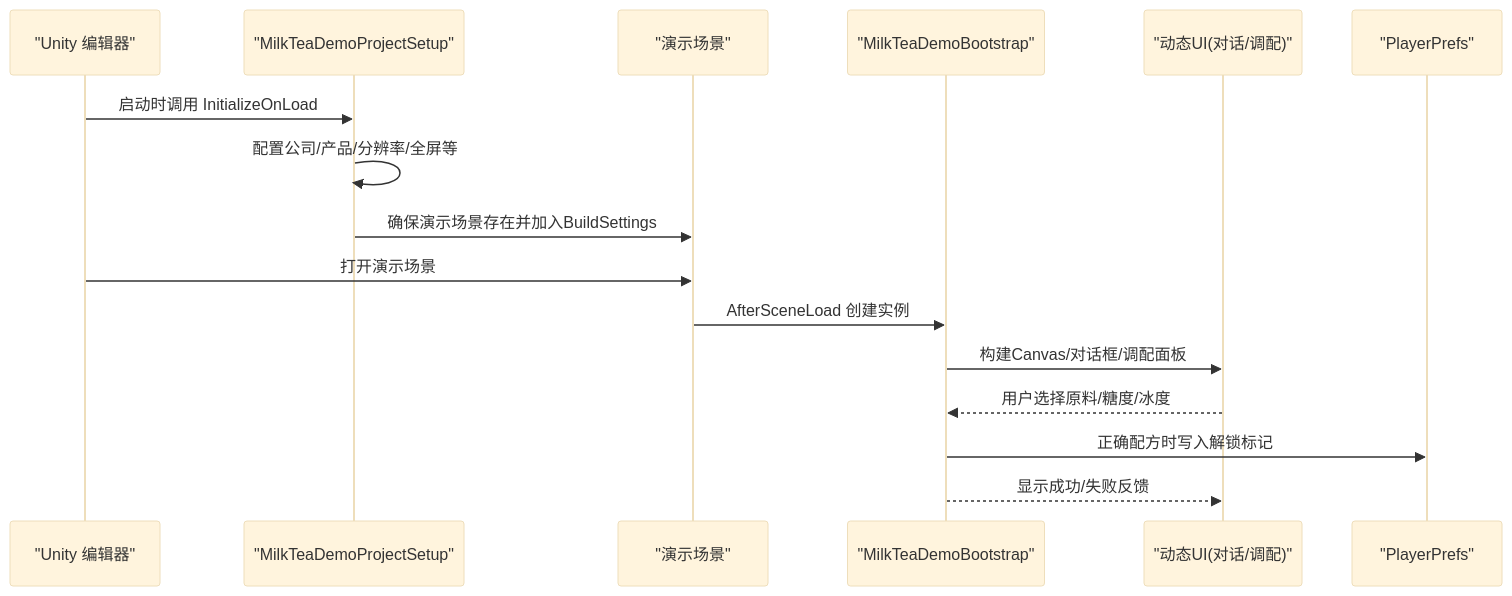
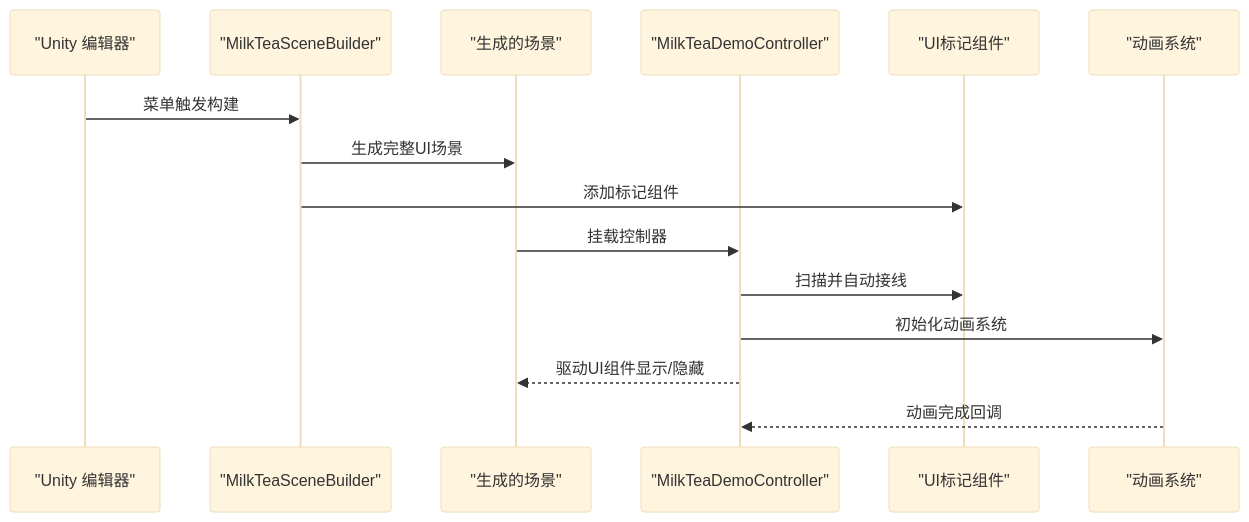
The second of 6 diagrams in .qoder/repowiki/zh/content/扩展开发指南.md (Thanatos42/-demo), drawn with Mermaid (base theme) before and after one commit. The commit also changed other lines of this file and 56 other files, not shown here.

````diff
--- a/.qoder/repowiki/zh/content/扩展开发指南.md
+++ b/.qoder/repowiki/zh/content/扩展开发指南.md
@@ -59,18 +79,17 @@
 ```mermaid
 sequenceDiagram
 participant Editor as "Unity 编辑器"
-participant Setup as "MilkTeaDemoProjectSetup"
-participant Scene as "演示场景"
-participant Bootstrap as "MilkTeaDemoBootstrap"
-participant UI as "动态UI(对话/调配)"
-participant Storage as "PlayerPrefs"
-Editor->>Setup : 启动时调用 InitializeOnLoad
-Setup->>Setup : 配置公司/产品/分辨率/全屏等
-Setup->>Scene : 确保演示场景存在并加入BuildSettings
-Editor->>Scene : 打开演示场景
-Scene->>Bootstrap : AfterSceneLoad 创建实例
-Bootstrap->>UI : 构建Canvas/对话框/调配面板
-UI-->>Bootstrap : 用户选择原料/糖度/冰度
-Bootstrap->>Storage : 正确配方时写入解锁标记
-Bootstrap-->>UI : 显示成功/失败反馈
+participant Builder as "MilkTeaSceneBuilder"
+participant Scene as "生成的场景"
+participant Controller as "MilkTeaDemoController"
+participant Markers as "UI标记组件"
+participant Animation as "动画系统"
+Editor->>Builder : 菜单触发构建
+Builder->>Scene : 生成完整UI场景
+Builder->>Markers : 添加标记组件
+Scene->>Controller : 挂载控制器
+Controller->>Markers : 扫描并自动接线
+Controller->>Animation : 初始化动画系统
+Controller-->>Scene : 驱动UI组件显示/隐藏
+Animation-->>Controller : 动画完成回调
 ```
````
